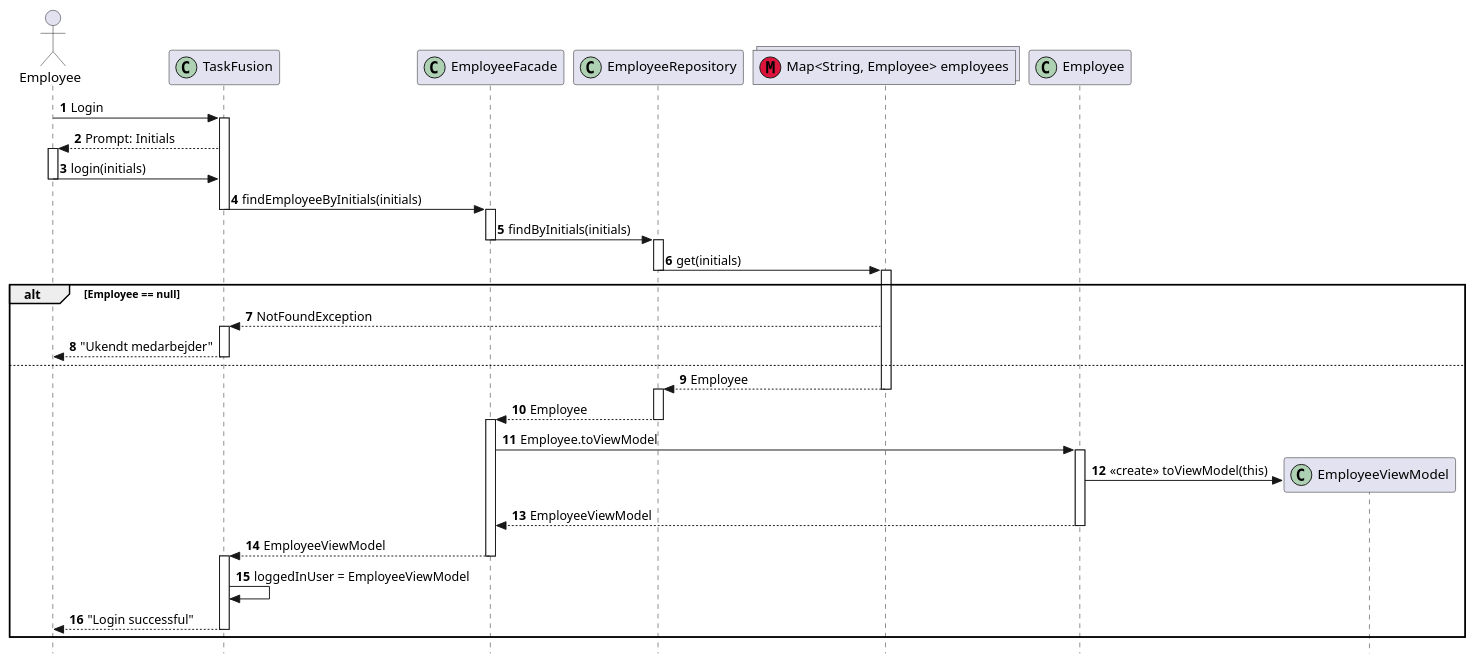
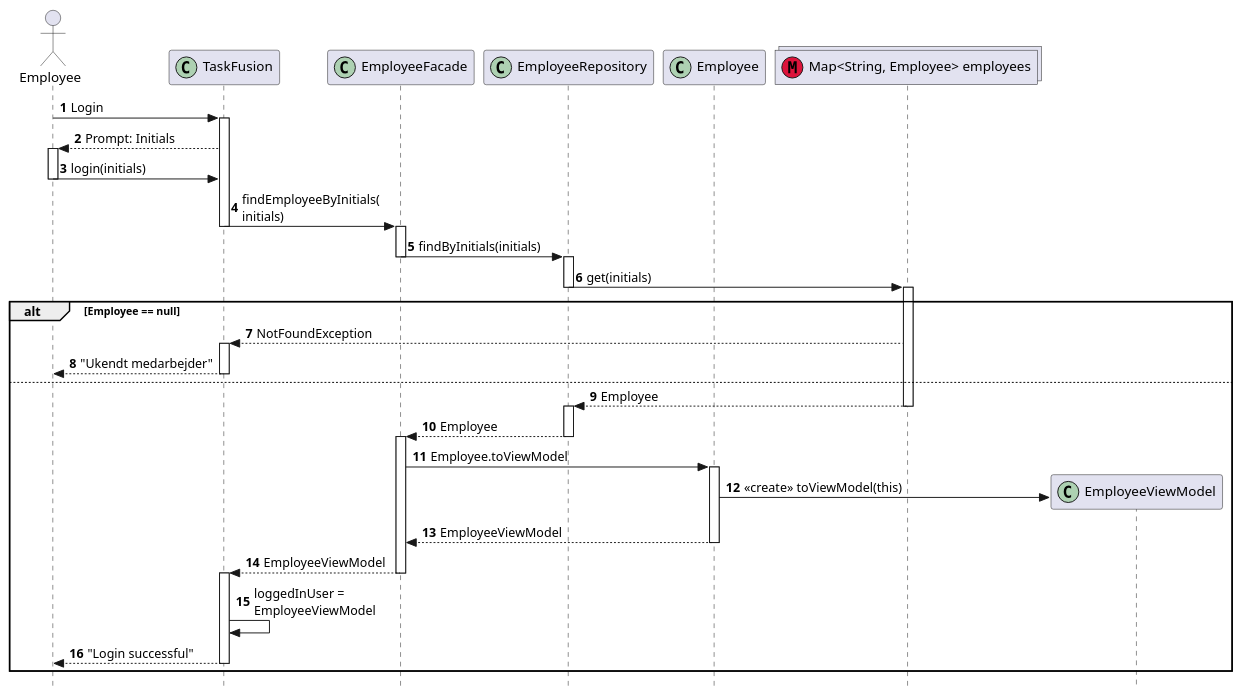
One commit to rwiuff/02161ExamProject changed the diagram in RequirementsAndDesign/SequenceDiagrams/login.puml. Above: the diagram before and after it, drawn with PlantUML. The commit also changed 23 other files, not shown here.

```diff
--- a/RequirementsAndDesign/SequenceDiagrams/login.puml
+++ b/RequirementsAndDesign/SequenceDiagrams/login.puml
@@ -1,32 +1,32 @@
 @startuml seqLogin
 autonumber
 hide footbox
 skinparam style strictuml
 hide unlinked
 actor "Employee" as emp
 participant "TaskFusion" as app << (C,#ADD1B2) >>
 participant "EmployeeFacade" as empfacade << (C,#ADD1B2) >>
 participant "EmployeeRepository" as emprepo << (C,#ADD1B2) >>
+participant "Employee" as empl << (C,#ADD1B2) >>
 collections "Map<String, Employee> employees" as emps << (M,Crimson) >>
-participant "Employee" as empl << (C,#ADD1B2) >>
 participant "EmployeeViewModel" as empvm << (C,#ADD1B2) >>
 emp -> app++: Login
 app --> emp++: Prompt: Initials
 emp -> app--: login(initials)
-app -> empfacade--++: findEmployeeByInitials(initials)
+app -> empfacade--++: findEmployeeByInitials(\ninitials)
 empfacade -> emprepo--++: findByInitials(initials)
 emprepo -> emps--++: get(initials)
 alt Employee == null
     emps --> app++: NotFoundException
     app --> emp--: "Ukendt medarbejder"
 else
     emps --> emprepo--++: Employee
     emprepo --> empfacade--++: Employee
     empfacade -> empl++: Employee.toViewModel
     empl -> empvm**: <<create>> toViewModel(this)
     empl --> empfacade--: EmployeeViewModel
     empfacade --> app--++: EmployeeViewModel
-    app -> app: loggedInUser = EmployeeViewModel
+    app -> app: loggedInUser =\nEmployeeViewModel
     app --> emp--: "Login successful"
 end
 @enduml
```
